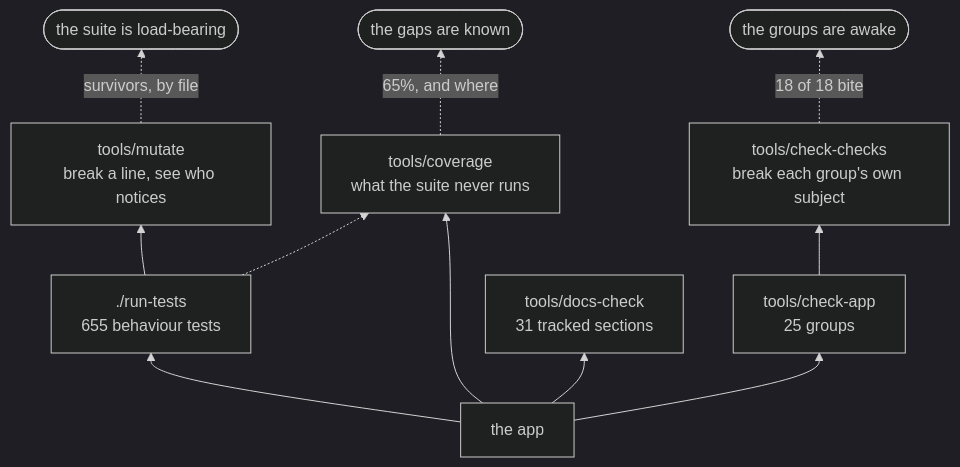
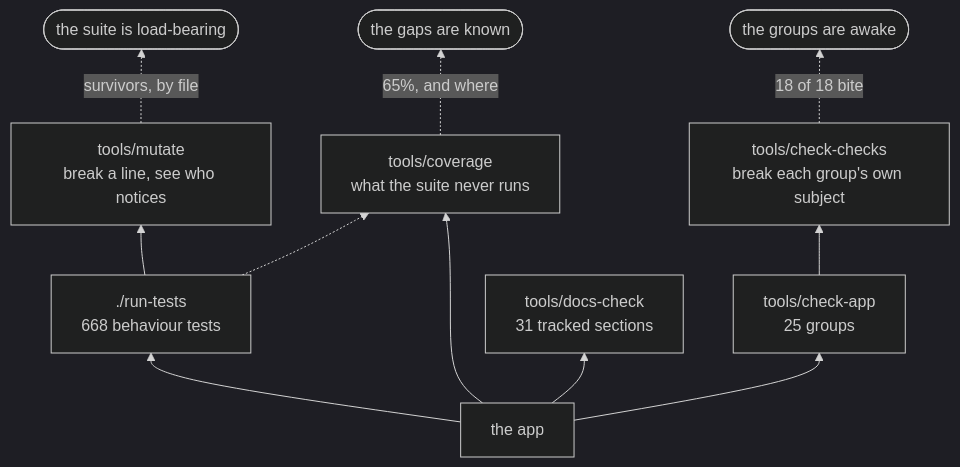
Before and after one commit to minormending/crystal-pilot-mobile: the second of 2 diagrams in docs/DEVELOPING.md, drawn with Mermaid (dark theme). The commit also changed other lines of this file and 2 other files, not shown here.

````diff
--- a/docs/DEVELOPING.md
+++ b/docs/DEVELOPING.md
@@ -126,13 +127,13 @@
 ```mermaid
 flowchart BT
-    C["the app"] --> T["./run-tests<br/>655 behaviour tests"]
+    C["the app"] --> T["./run-tests<br/>668 behaviour tests"]
     C --> A["tools/check-app<br/>25 groups"]
     C --> D["tools/docs-check<br/>31 tracked sections"]
     C --> V["tools/coverage<br/>what the suite never runs"]
     T --> M["tools/mutate<br/>break a line, see who notices"]
     A --> K["tools/check-checks<br/>break each group's own subject"]
     T -.-> V
     M -.->|"survivors, by file"| R(["the suite is load-bearing"])
     K -.->|"18 of 18 bite"| R2(["the groups are awake"])
     V -.->|"65%, and where"| R3(["the gaps are known"])
 ```
````
